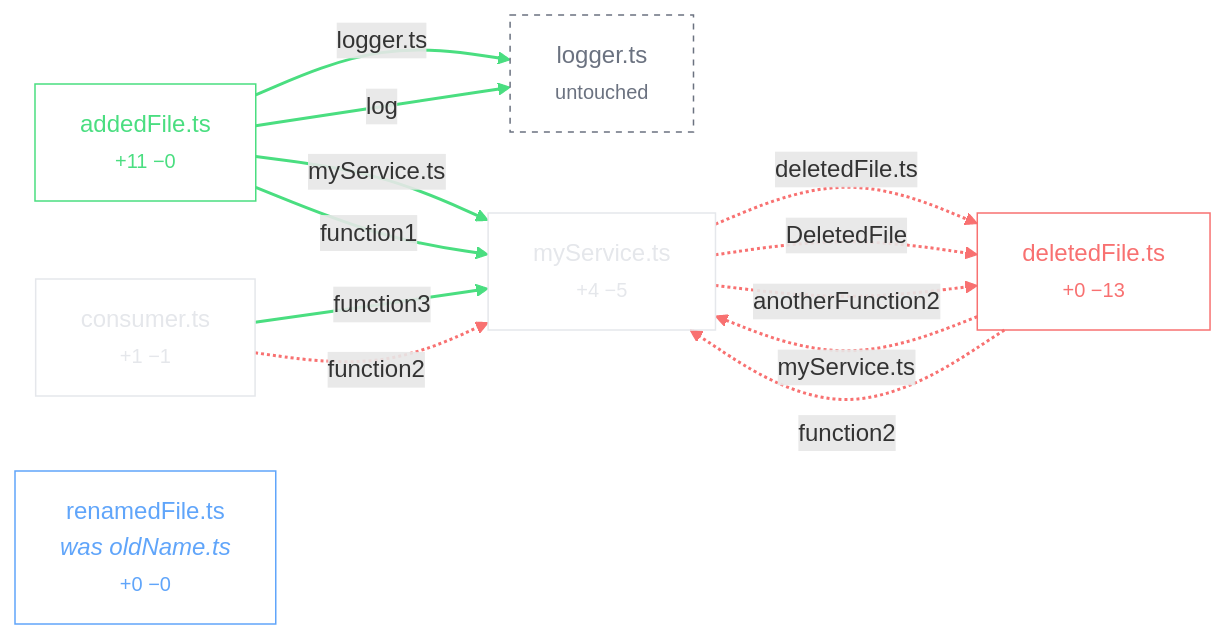
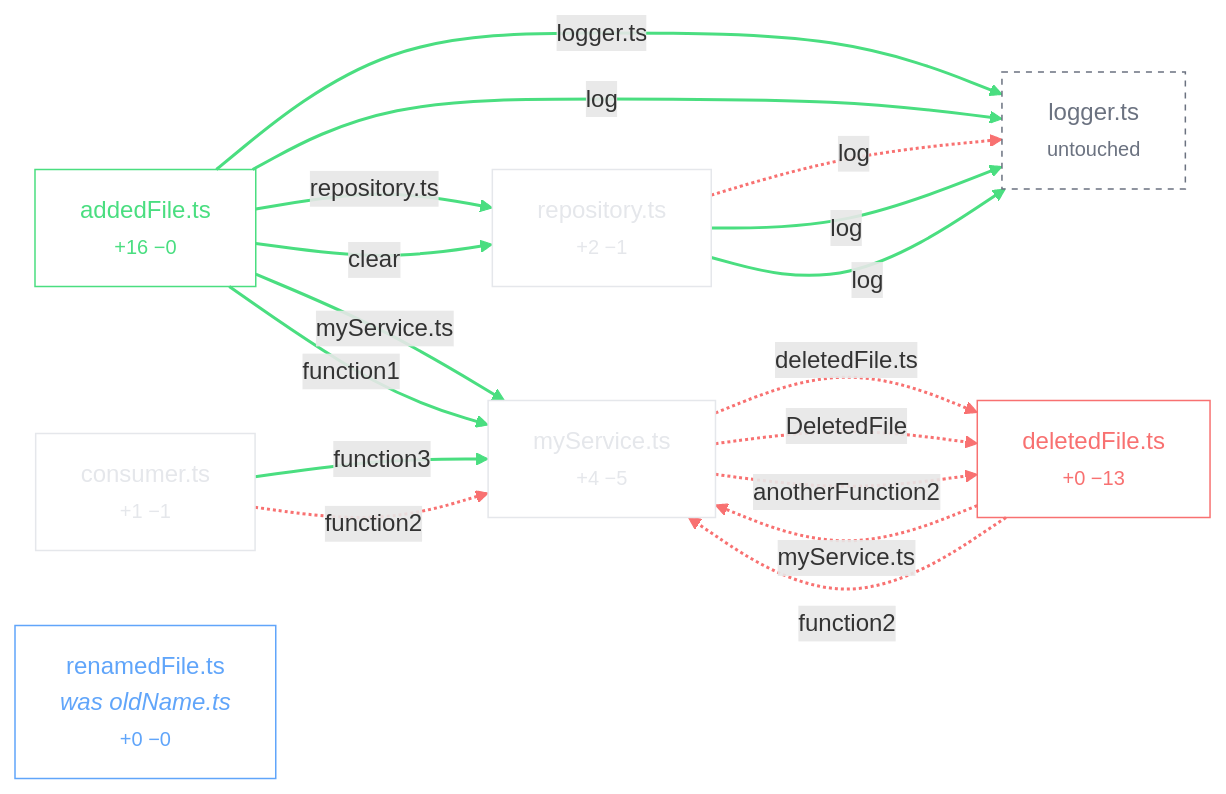
One commit to PowerEngine98/odin-pr-review changed the diagram in docs/examples/graph.mmd. Above: the diagram before and after it, drawn with Mermaid. The commit also changed 18 other files, not shown here.

```diff
--- a/docs/examples/graph.mmd
+++ b/docs/examples/graph.mmd
@@ -1,35 +1,46 @@
 flowchart LR
-  n0["addedFile.ts<br/><small>+11 −0</small>"]:::added
+  n0["addedFile.ts<br/><small>+16 −0</small>"]:::added
   n1["consumer.ts<br/><small>+1 −1</small>"]:::modified
   n2["deletedFile.ts<br/><small>+0 −13</small>"]:::deleted
   n3["logger.ts<br/><small>untouched</small>"]:::phantom
   n4["myService.ts<br/><small>+4 −5</small>"]:::modified
   n5["renamedFile.ts<br/><i>was oldName.ts</i><br/><small>+0 −0</small>"]:::renamed
+  n6["repository.ts<br/><small>+2 −1</small>"]:::modified
   n4 -.->|"deletedFile.ts"| n2
   n4 -.->|"DeletedFile"| n2
   n4 -.->|"anotherFunction2"| n2
   n0 -->|"logger.ts"| n3
   n0 -->|"myService.ts"| n4
+  n0 -->|"repository.ts"| n6
   n0 -->|"log"| n3
   n0 -->|"function1"| n4
+  n0 -->|"clear"| n6
   n1 -->|"function3"| n4
   n1 -.->|"function2"| n4
   n2 -.->|"myService.ts"| n4
   n2 -.->|"function2"| n4
+  n6 -.->|"log"| n3
+  n6 -->|"log"| n3
+  n6 -->|"log"| n3
 
   classDef added stroke:#4ade80,color:#4ade80,fill:transparent;
   classDef modified stroke:#e5e7eb,color:#e5e7eb,fill:transparent;
   classDef deleted stroke:#f87171,color:#f87171,fill:transparent;
   classDef renamed stroke:#60a5fa,color:#60a5fa,fill:transparent;
   classDef phantom stroke:#6b7280,color:#6b7280,fill:transparent,stroke-dasharray:4 4;
   linkStyle 0 stroke:#f87171,stroke-width:2px;
   linkStyle 1 stroke:#f87171,stroke-width:2px;
   linkStyle 2 stroke:#f87171,stroke-width:2px;
   linkStyle 3 stroke:#4ade80,stroke-width:2px;
   linkStyle 4 stroke:#4ade80,stroke-width:2px;
   linkStyle 5 stroke:#4ade80,stroke-width:2px;
   linkStyle 6 stroke:#4ade80,stroke-width:2px;
   linkStyle 7 stroke:#4ade80,stroke-width:2px;
-  linkStyle 8 stroke:#f87171,stroke-width:2px;
-  linkStyle 9 stroke:#f87171,stroke-width:2px;
+  linkStyle 8 stroke:#4ade80,stroke-width:2px;
+  linkStyle 9 stroke:#4ade80,stroke-width:2px;
   linkStyle 10 stroke:#f87171,stroke-width:2px;
+  linkStyle 11 stroke:#f87171,stroke-width:2px;
+  linkStyle 12 stroke:#f87171,stroke-width:2px;
+  linkStyle 13 stroke:#f87171,stroke-width:2px;
+  linkStyle 14 stroke:#4ade80,stroke-width:2px;
+  linkStyle 15 stroke:#4ade80,stroke-width:2px;
```
